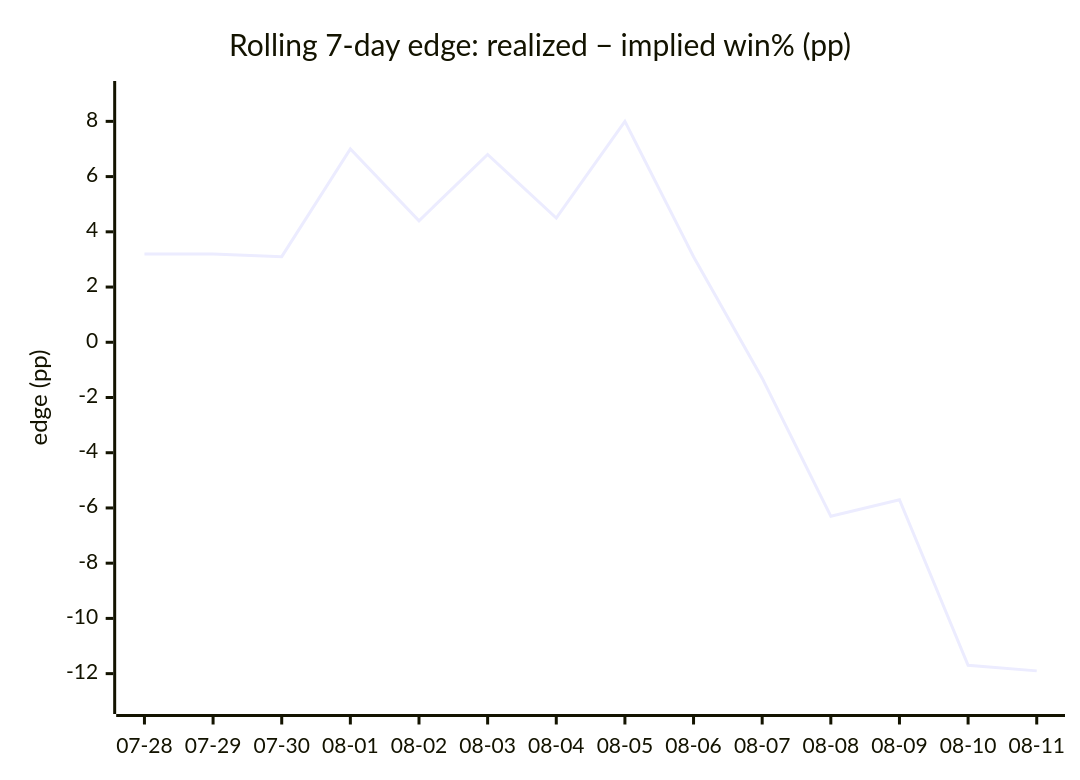
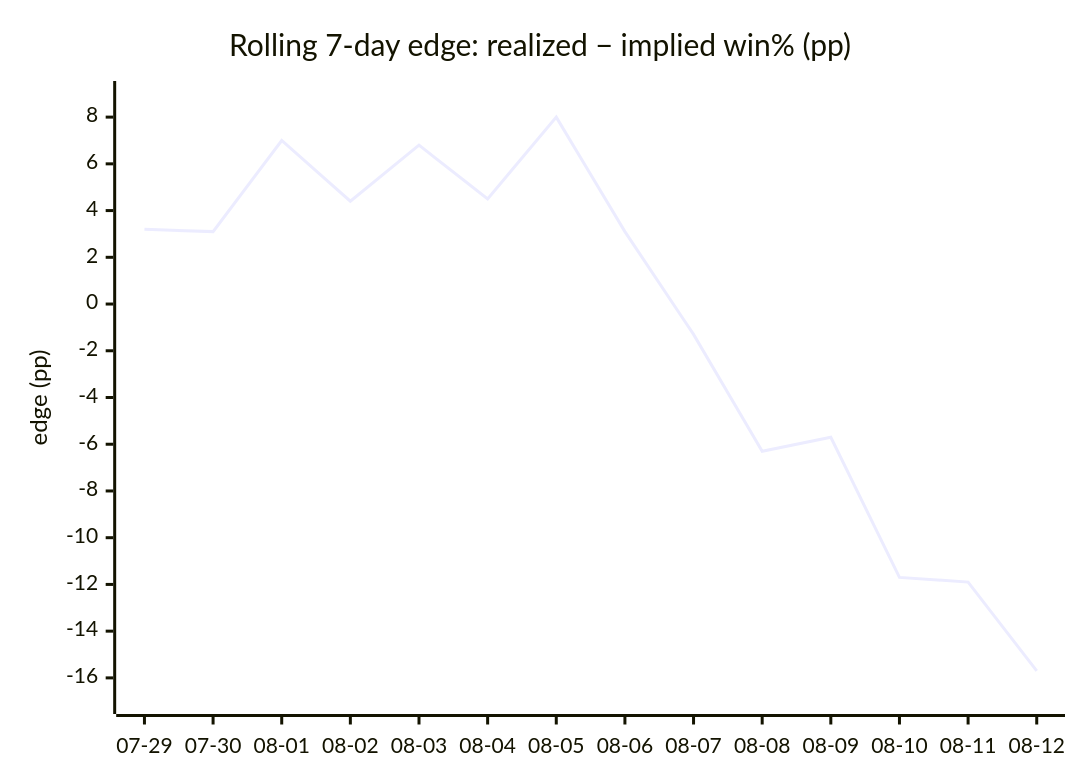
Before and after one commit to dpk1212/nhl-savant: the fourth of 4 diagrams in DAILY_AGSU_REPORT.md, drawn with Mermaid. The commit also changed other lines of this file, not shown here.

````diff
--- a/DAILY_AGSU_REPORT.md
+++ b/DAILY_AGSU_REPORT.md
@@ -776,7 +797,7 @@
 ```mermaid
 xychart-beta
     title "Rolling 7-day edge: realized − implied win% (pp)"
-    x-axis ["07-28", "07-29", "07-30", "08-01", "08-02", "08-03", "08-04", "08-05", "08-06", "08-07", "08-08", "08-09", "08-10", "08-11"]
-    y-axis "edge (pp)" -13 --> 9
-    line [3.2, 3.2, 3.1, 7, 4.4, 6.8, 4.5, 8, 3.1, -1.3, -6.3, -5.7, -11.7, -11.9]
+    x-axis ["07-29", "07-30", "08-01", "08-02", "08-03", "08-04", "08-05", "08-06", "08-07", "08-08", "08-09", "08-10", "08-11", "08-12"]
+    y-axis "edge (pp)" -17 --> 9
+    line [3.2, 3.1, 7, 4.4, 6.8, 4.5, 8, 3.1, -1.3, -6.3, -5.7, -11.7, -11.9, -15.7]
 ```
````
